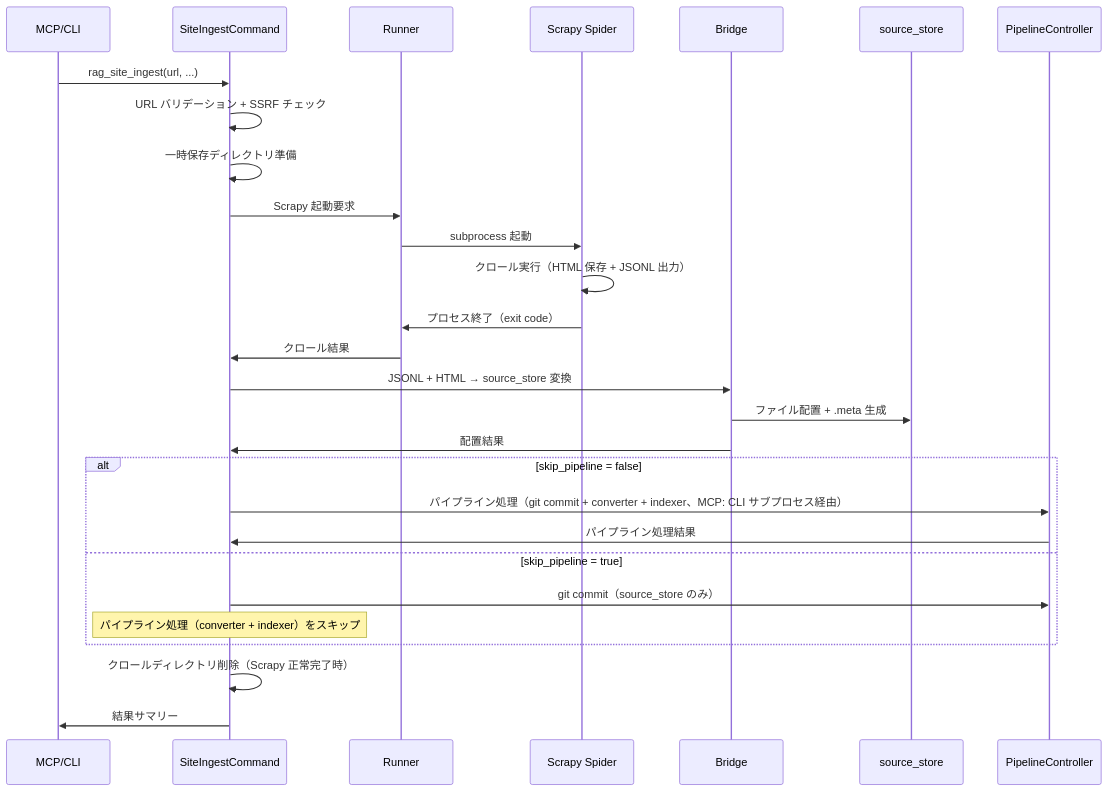
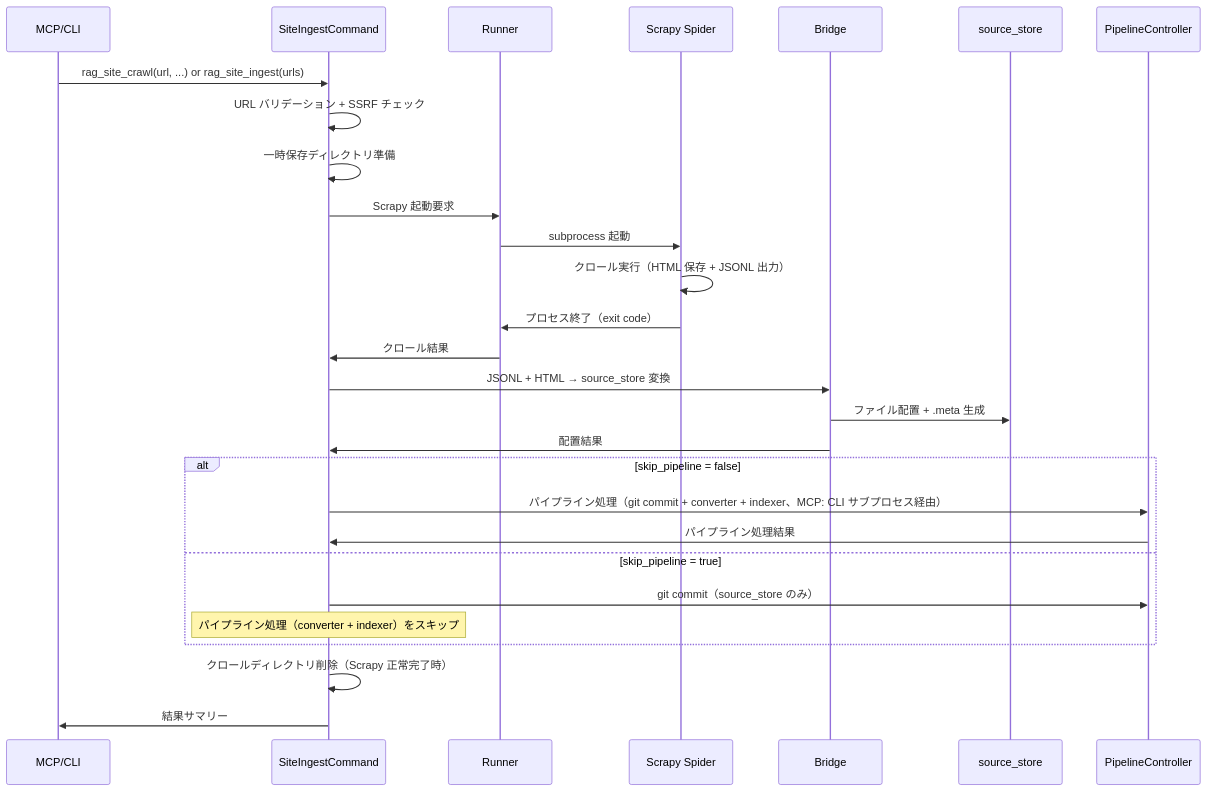
One commit to becky3/rag-knowledge changed the second of 2 diagrams in docs/specs/site-ingest.md. Above: the diagram before and after it, drawn with Mermaid. The commit also changed other lines of this file and 25 other files, not shown here.

First line of the commit message:
fix(site-ingest): 単一URL投入時のサイト全体クロール巻き込みを構造的に解消 (#797)

````diff
--- a/docs/specs/site-ingest.md
+++ b/docs/specs/site-ingest.md
@@ -395,31 +404,31 @@
 ```mermaid
 sequenceDiagram
     participant USER as MCP/CLI
     participant CMD as SiteIngestCommand
     participant RUNNER as Runner
     participant SPIDER as Scrapy Spider
     participant BRIDGE as Bridge
     participant SS as source_store
     participant PC as PipelineController
 
-    USER->>CMD: rag_site_ingest(url, ...)
+    USER->>CMD: rag_site_crawl(url, ...) or rag_site_ingest(urls)
     CMD->>CMD: URL バリデーション + SSRF チェック
     CMD->>CMD: 一時保存ディレクトリ準備
     CMD->>RUNNER: Scrapy 起動要求
     RUNNER->>SPIDER: subprocess 起動
     SPIDER->>SPIDER: クロール実行（HTML 保存 + JSONL 出力）
     SPIDER->>RUNNER: プロセス終了（exit code）
     RUNNER->>CMD: クロール結果
     CMD->>BRIDGE: JSONL + HTML → source_store 変換
     BRIDGE->>SS: ファイル配置 + .meta 生成
     BRIDGE->>CMD: 配置結果
     alt skip_pipeline = false
         CMD->>PC: パイプライン処理（git commit + converter + indexer、MCP: CLI サブプロセス経由）
         PC->>CMD: パイプライン処理結果
     else skip_pipeline = true
         CMD->>PC: git commit（source_store のみ）
         Note over CMD: パイプライン処理（converter + indexer）をスキップ
     end
     CMD->>CMD: クロールディレクトリ削除（Scrapy 正常完了時）
     CMD->>USER: 結果サマリー
 ```
````
